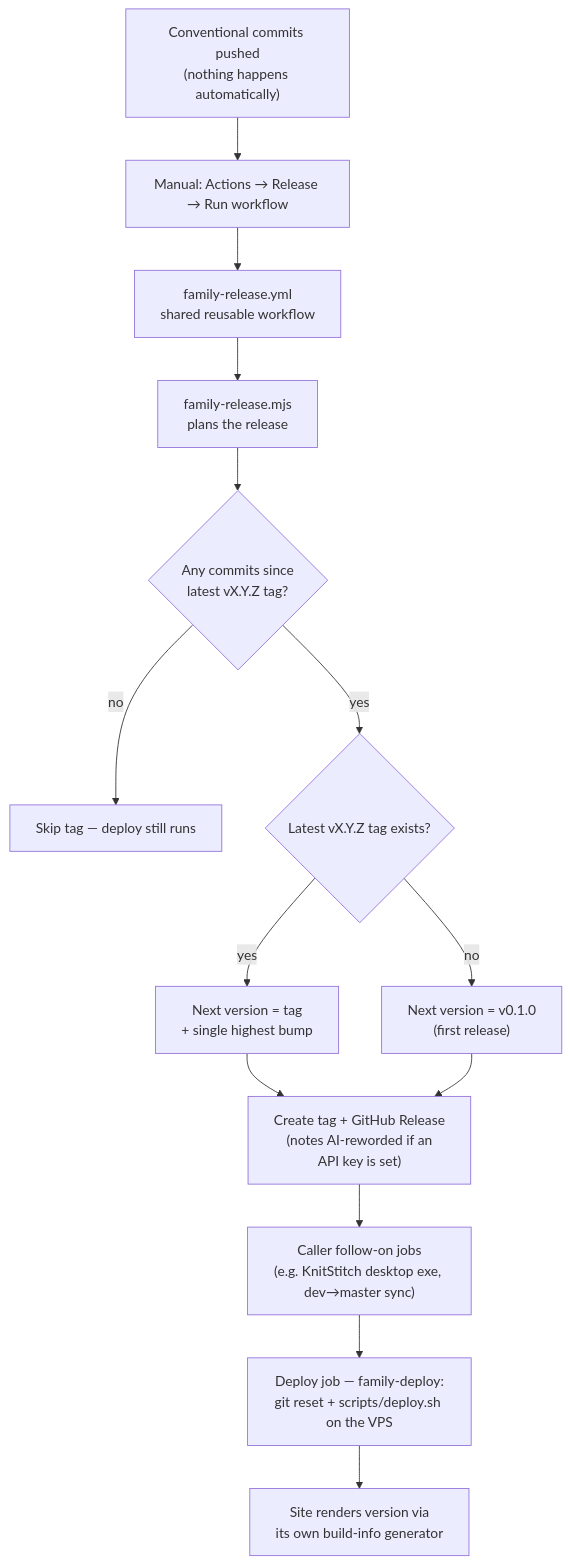
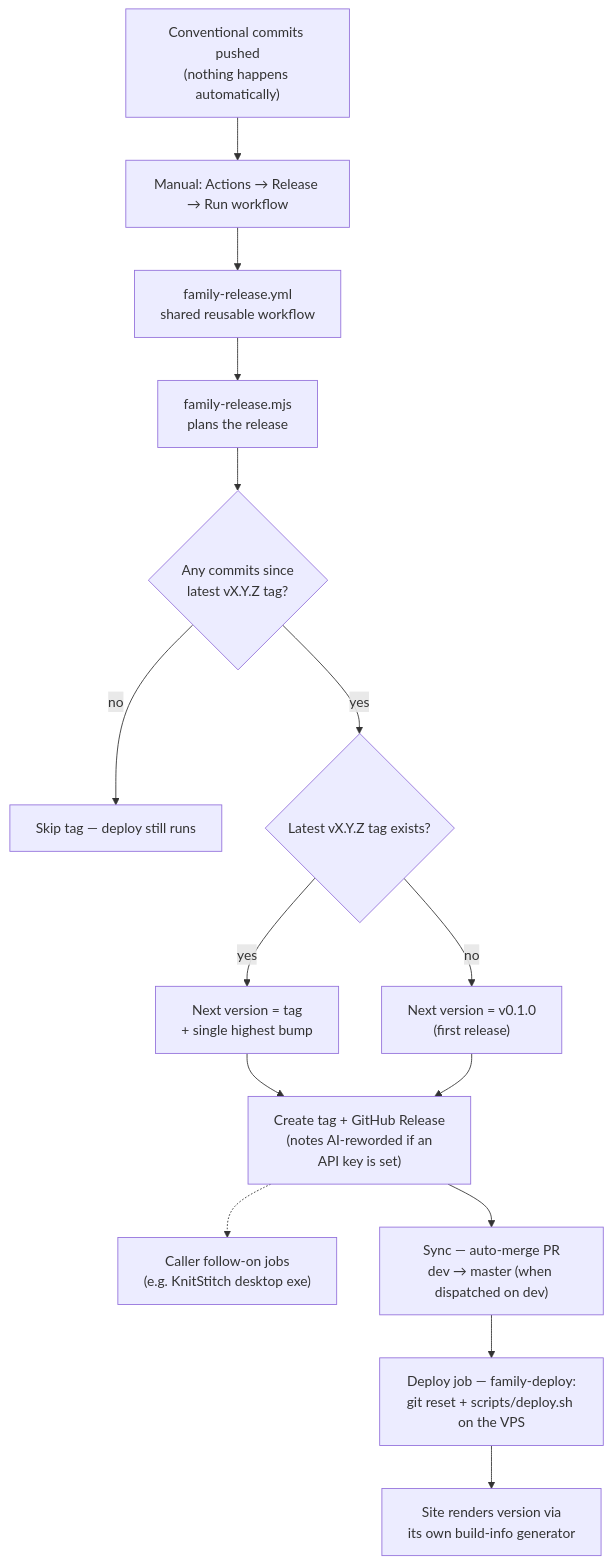
The diagram in docs/git-rules.md (Box-of-Dragons/StructuredChaos), drawn with Mermaid before and after one commit. The commit also changed other lines of this file and 2 other files, not shown here.

Commit message:
feat(ci): protect release branch; sync dev via release PR

````diff
--- a/docs/git-rules.md
+++ b/docs/git-rules.md
@@ -88,16 +95,17 @@
 ```mermaid
 flowchart TD
     A["Conventional commits pushed<br>(nothing happens automatically)"] --> B["Manual: Actions → Release → Run workflow"]
     B --> C["family-release.yml<br>shared reusable workflow"]
     C --> D["family-release.mjs<br>plans the release"]
     D --> E{"Any commits since<br>latest vX.Y.Z tag?"}
     E -- "no" --> F["Skip tag — deploy still runs"]
     E -- "yes" --> G{"Latest vX.Y.Z tag exists?"}
     G -- "yes" --> H["Next version = tag<br>+ single highest bump"]
     G -- "no" --> I["Next version = v0.1.0<br>(first release)"]
     H --> J["Create tag + GitHub Release<br>(notes AI-reworded if an<br>API key is set)"]
     I --> J
-    J --> K["Caller follow-on jobs<br>(e.g. KnitStitch desktop exe, dev→master sync)"]
+    J -.-> J2["Caller follow-on jobs<br>(e.g. KnitStitch desktop exe)"]
+    J --> K["Sync — auto-merge PR<br>dev → master (when dispatched on dev)"]
     K --> L["Deploy job — family-deploy:<br>git reset + scripts/deploy.sh on the VPS"]
     L --> M["Site renders version via<br>its own build-info generator"]
 ```
````
